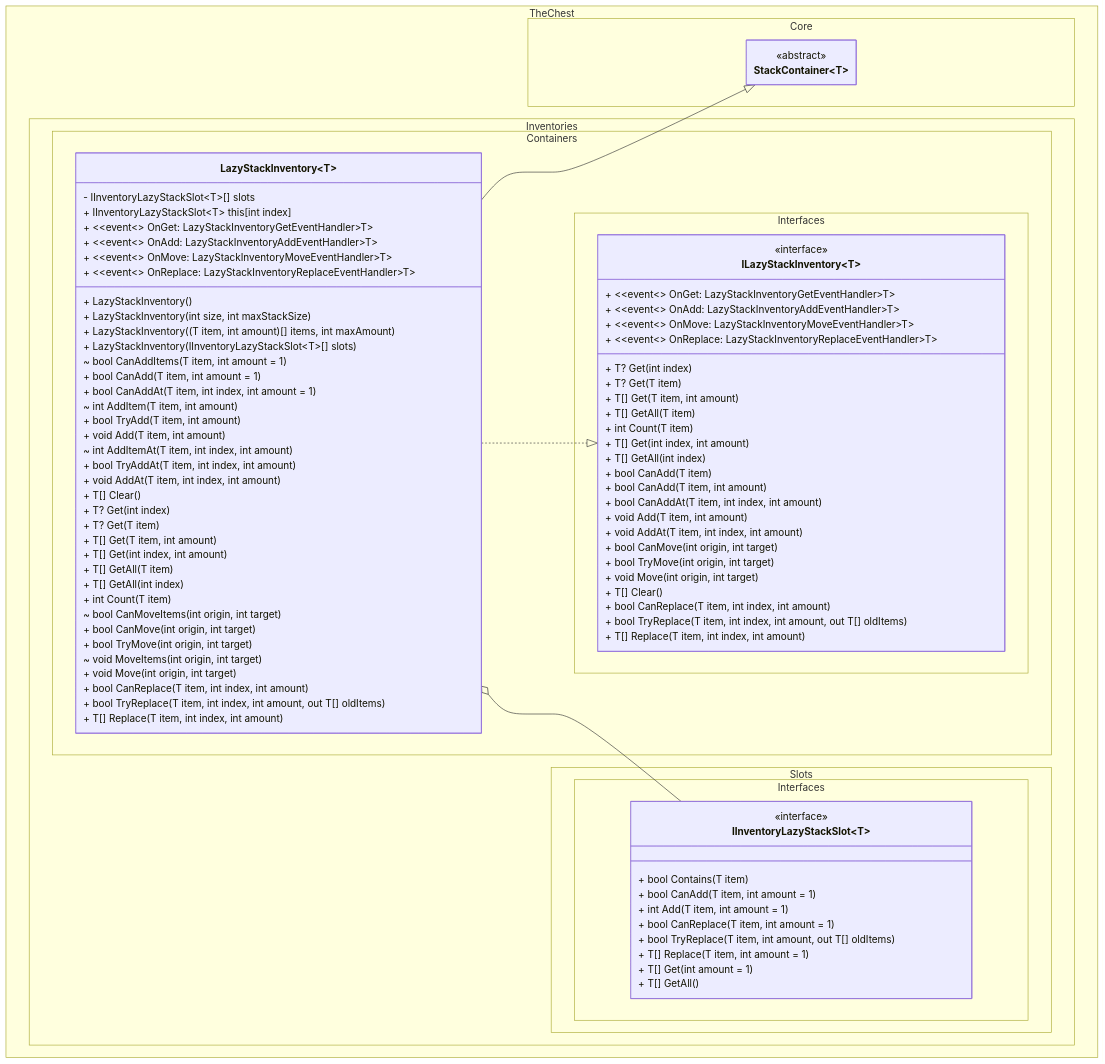
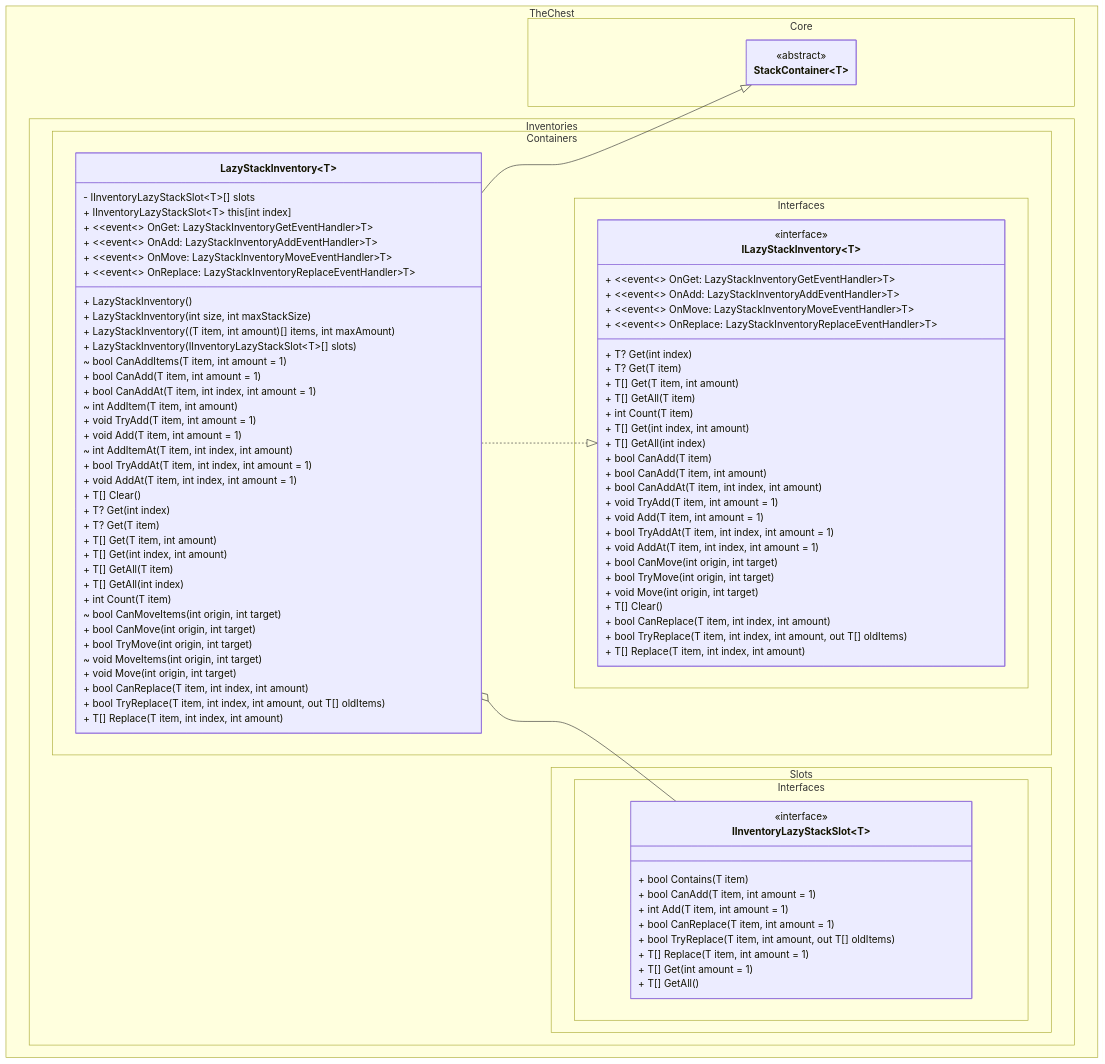
Before and after one commit to The-Chest/TheChest.Inventories: the first of 2 diagrams in docs/lazy_stack_inventory/class_diagram.md, drawn with Mermaid. The commit also changed 4 other files, not shown here.

```diff
--- a/docs/lazy_stack_inventory/class_diagram.md
+++ b/docs/lazy_stack_inventory/class_diagram.md
@@ -38,12 +38,12 @@
         + bool CanAddAt(T item, int index, int amount = 1)
 
         ~ int AddItem(T item, int amount)
-        + bool TryAdd(T item, int amount)
-        + void Add(T item, int amount)
+        + void TryAdd(T item, int amount = 1)
+        + void Add(T item, int amount = 1)
 
         ~ int AddItemAt(T item, int index, int amount)
-        + bool TryAddAt(T item, int index, int amount)
-        + void AddAt(T item, int index, int amount)
+        + bool TryAddAt(T item, int index, int amount = 1)
+        + void AddAt(T item, int index, int amount = 1)
 
         + T[] Clear()
 
@@ -106,8 +106,10 @@
         + bool CanAdd(T item, int amount)
         + bool CanAddAt(T item, int index, int amount)
 
-        + void Add(T item, int amount)
-        + void AddAt(T item, int index, int amount)
+        + void TryAdd(T item, int amount = 1)
+        + void Add(T item, int amount = 1)
+        + bool TryAddAt(T item, int index, int amount = 1)
+        + void AddAt(T item, int index, int amount = 1)
         
         + bool CanMove(int origin, int target)
         + bool TryMove(int origin, int target)
```
